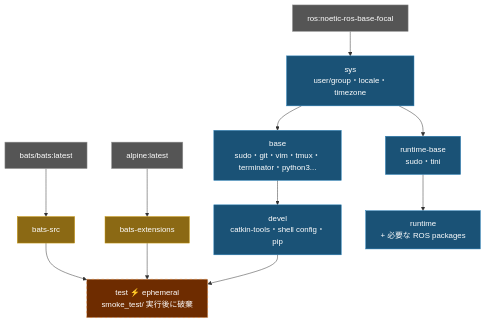
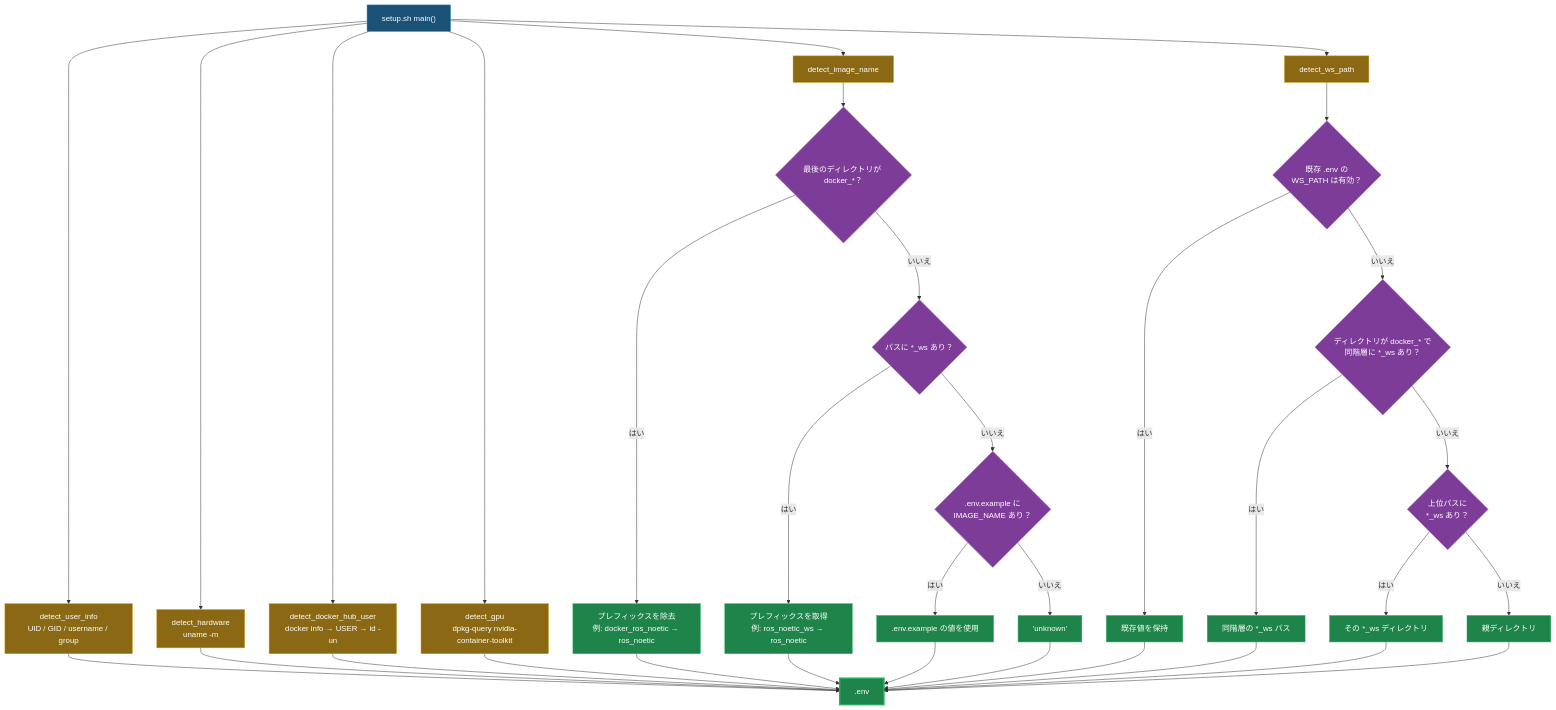
One commit to ycpss91255-docker/ros_noetic changed the first of 2 diagrams in doc/README.ja.md. Above: the diagram before and after it, drawn with Mermaid. The commit also changed other lines of this file and 47 other files, not shown here.

First line of the commit message:
Squashed 'docker_setup_helper/' changes from ea8a994..4e7b249

````diff
--- a/doc/README.ja.md
+++ b/doc/README.ja.md
@@ -234,26 +272,46 @@
 ```mermaid
 graph TD
-    EXT1["bats/bats:latest"]:::external
-    EXT2["alpine:latest"]:::external
-    EXT3["ros:noetic-ros-base-focal"]:::external
+    A["setup.sh main()"]:::entry
 
-    EXT1 --> bats-src["bats-src"]:::tool
-    EXT2 --> bats-ext["bats-extensions"]:::tool
+    A --> B["detect_user_info\nUID / GID / username / group"]:::detect
+    A --> C["detect_hardware\nuname -m"]:::detect
+    A --> D["detect_docker_hub_user\ndocker info → USER → id -un"]:::detect
+    A --> E["detect_gpu\ndpkg-query nvidia-container-toolkit"]:::detect
+    A --> F["detect_image_name"]:::detect
+    A --> G["detect_ws_path"]:::detect
 
-    EXT3 --> sys["sys\nuser/group・locale・timezone"]:::stage
+    F --> F1{"最後のディレクトリが docker_*？"}:::decision
+    F1 -- "はい" --> F1R["プレフィックスを除去\n例: docker_ros_noetic → ros_noetic"]:::result
+    F1 -- "いいえ" --> F2{"パスに *_ws あり？"}:::decision
+    F2 -- "はい" --> F2R["プレフィックスを取得\n例: ros_noetic_ws → ros_noetic"]:::result
+    F2 -- "いいえ" --> F3{".env.example に\nIMAGE_NAME あり？"}:::decision
+    F3 -- "はい" --> F3R[".env.example の値を使用"]:::result
+    F3 -- "いいえ" --> F4R["'unknown'"]:::result
 
-    sys --> base["base\nsudo・git・vim・tmux・terminator・python3..."]:::stage
-    base --> devel["devel\ncatkin-tools・shell config・pip"]:::stage
+    G --> G0{"既存 .env の\nWS_PATH は有効？"}:::decision
+    G0 -- "はい" --> G0R["既存値を保持"]:::result
+    G0 -- "いいえ" --> G1{"ディレクトリが docker_* で\n同階層に *_ws あり？"}:::decision
+    G1 -- "はい" --> G1R["同階層の *_ws パス"]:::result
+    G1 -- "いいえ" --> G2{"上位パスに\n*_ws あり？"}:::decision
+    G2 -- "はい" --> G2R["その *_ws ディレクトリ"]:::result
+    G2 -- "いいえ" --> G3R["親ディレクトリ"]:::result
 
-    bats-src --> test["test  ⚡ ephemeral\nsmoke_test/ 実行後に破棄"]:::ephemeral
-    bats-ext --> test
-    devel --> test
+    B --> H[".env"]:::output
+    C --> H
+    D --> H
+    E --> H
+    F1R --> H
+    F2R --> H
+    F3R --> H
+    F4R --> H
+    G0R --> H
+    G1R --> H
+    G2R --> H
+    G3R --> H
 
-    sys --> runtime-base["runtime-base\nsudo・tini"]:::stage
-    runtime-base --> runtime["runtime\n+ 必要な ROS packages"]:::stage
-
-    classDef external fill:#555,color:#fff,stroke:#999
-    classDef tool fill:#8B6914,color:#fff,stroke:#c8960c
-    classDef stage fill:#1a5276,color:#fff,stroke:#2980b9
-    classDef ephemeral fill:#6e2c00,color:#fff,stroke:#e67e22,stroke-dasharray:5 5
+    classDef entry fill:#1a5276,color:#fff,stroke:#2980b9
+    classDef detect fill:#8B6914,color:#fff,stroke:#c8960c
+    classDef decision fill:#7d3c98,color:#fff,stroke:#a569bd
+    classDef result fill:#1e8449,color:#fff,stroke:#27ae60
+    classDef output fill:#1e8449,color:#fff,stroke:#27ae60,stroke-width:3px
 ```
````
